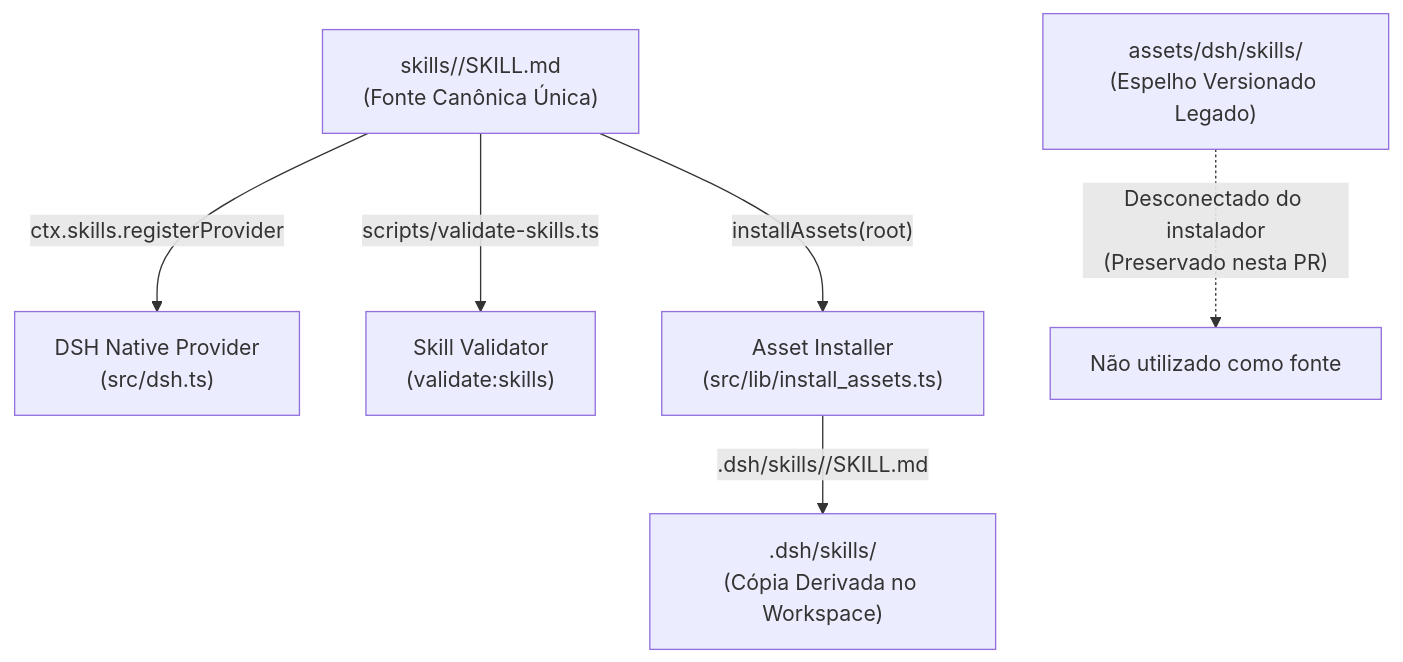
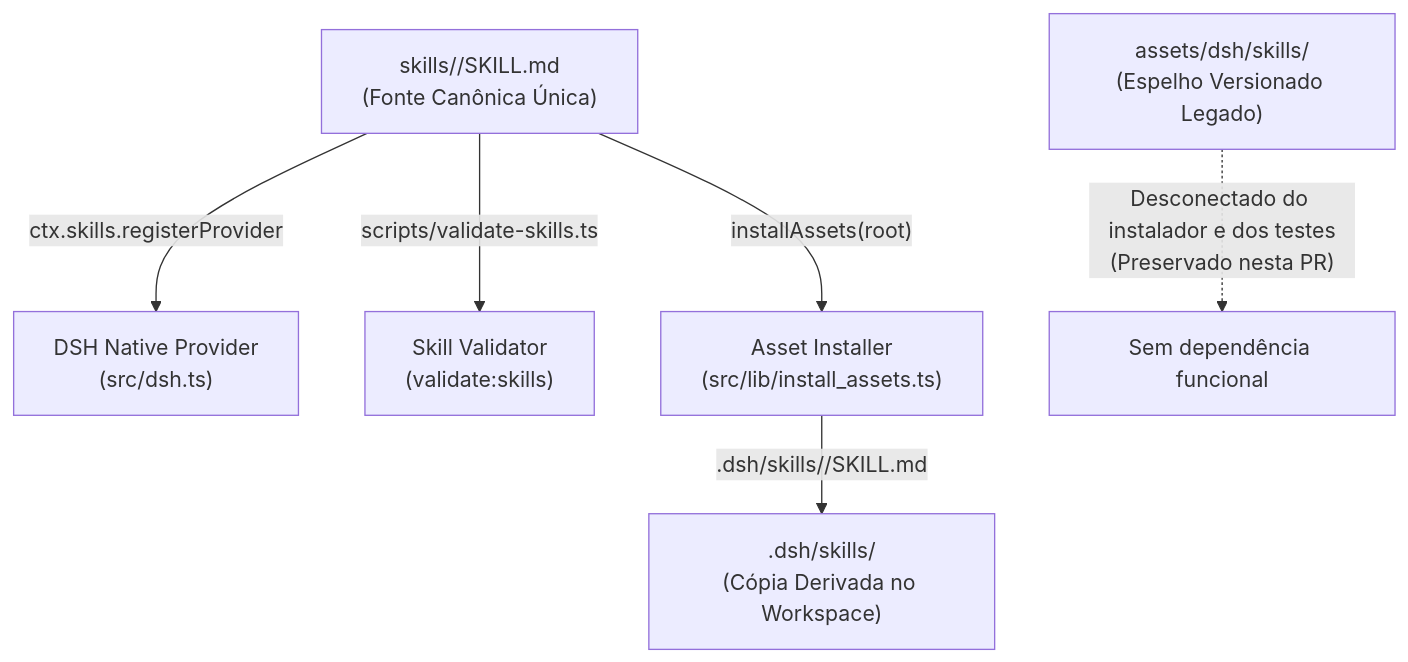
Before and after one commit to Base-Analitica/DSHbanca: the diagram in docs/dsh-skill-source-map.md, drawn with Mermaid. The commit also changed other lines of this file and 1 other file, not shown here.

Commit message:
test(skills): desacoplar suite de testes do espelho legado (#42)

````diff
--- a/docs/dsh-skill-source-map.md
+++ b/docs/dsh-skill-source-map.md
@@ -19,9 +19,9 @@
 ```mermaid
 flowchart TD
     Canonical["skills/<nome>/SKILL.md\n(Fonte Canônica Única)"] -->|"ctx.skills.registerProvider"| Provider["DSH Native Provider\n(src/dsh.ts)"]
     Canonical -->|"scripts/validate-skills.ts"| Validator["Skill Validator\n(validate:skills)"]
     Canonical -->|"installAssets(root)"| Installer["Asset Installer\n(src/lib/install_assets.ts)"]
     Installer -->|".dsh/skills/<nome>/SKILL.md"| Derived[".dsh/skills/\n(Cópia Derivada no Workspace)"]
     
-    LegacyMirror["assets/dsh/skills/\n(Espelho Versionado Legado)"] -.->|"Desconectado do instalador\n(Preservado nesta PR)"| Deprecated["Não utilizado como fonte"]
+    LegacyMirror["assets/dsh/skills/\n(Espelho Versionado Legado)"] -.->|"Desconectado do instalador e dos testes\n(Preservado nesta PR)"| Deprecated["Sem dependência funcional"]
 ```
````
